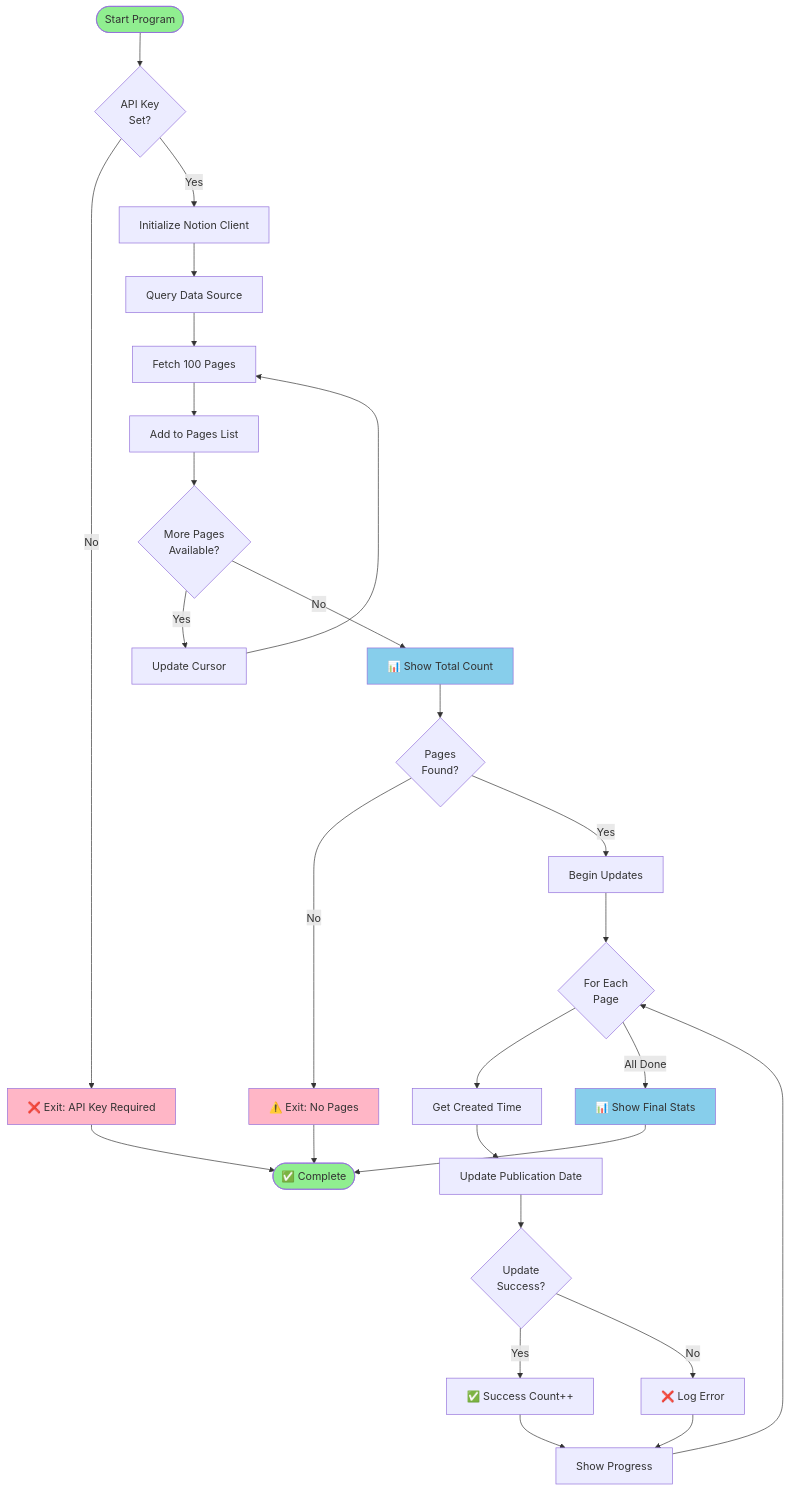
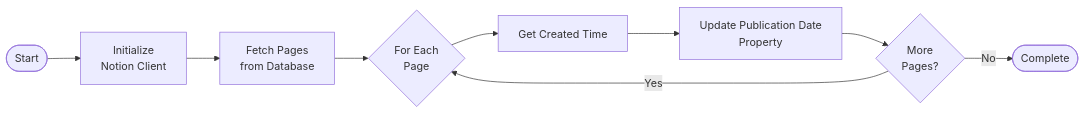
The first of 2 diagrams in README.md (asamountain/NotionPreservingOriginalDatesJournalDB), drawn with Mermaid before and after one commit. The commit also changed other lines of this file, not shown here.

Commit message:
Simplify diagrams: remove background colors and focus on core workflow

````diff
--- a/README.md
+++ b/README.md
@@ -14,44 +14,11 @@
 ```mermaid
-flowchart TD
-    Start([Start Program]) --> CheckAPI{API Key<br/>Set?}
-    CheckAPI -->|No| Error1[❌ Exit: API Key Required]
-    CheckAPI -->|Yes| Init[Initialize Notion Client]
-    
-    Init --> Query[Query Data Source]
-    Query --> Fetch[Fetch 100 Pages]
-    Fetch --> AddPages[Add to Pages List]
-    
-    AddPages --> CheckMore{More Pages<br/>Available?}
-    CheckMore -->|Yes| UpdateCursor[Update Cursor]
-    UpdateCursor --> Fetch
-    CheckMore -->|No| Summary[📊 Show Total Count]
-    
-    Summary --> CheckEmpty{Pages<br/>Found?}
-    CheckEmpty -->|No| Error2[⚠️ Exit: No Pages]
-    CheckEmpty -->|Yes| StartUpdate[Begin Updates]
-    
-    StartUpdate --> Loop{For Each<br/>Page}
-    Loop --> GetTime[Get Created Time]
-    GetTime --> Update[Update Publication Date]
-    
-    Update --> Success{Update<br/>Success?}
-    Success -->|Yes| Count1[✅ Success Count++]
-    Success -->|No| Count2[❌ Log Error]
-    
-    Count1 --> Progress[Show Progress]
-    Count2 --> Progress
-    Progress --> Loop
-    
-    Loop -->|All Done| Final[📊 Show Final Stats]
-    Final --> End([✅ Complete])
-    
-    Error1 --> End
-    Error2 --> End
-    
-    style Start fill:#90EE90
-    style End fill:#90EE90
-    style Error1 fill:#FFB6C6
-    style Error2 fill:#FFB6C6
-    style Final fill:#87CEEB
-    style Summary fill:#87CEEB
+flowchart LR
+    Start([Start]) --> Init[Initialize<br/>Notion Client]
+    Init --> Fetch[Fetch Pages<br/>from Database]
+    Fetch --> Loop{For Each<br/>Page}
+    Loop --> Extract[Get Created Time]
+    Extract --> Update[Update Publication Date<br/>Property]
+    Update --> Next{More<br/>Pages?}
+    Next -->|Yes| Loop
+    Next -->|No| Done([Complete])
 ```
````
